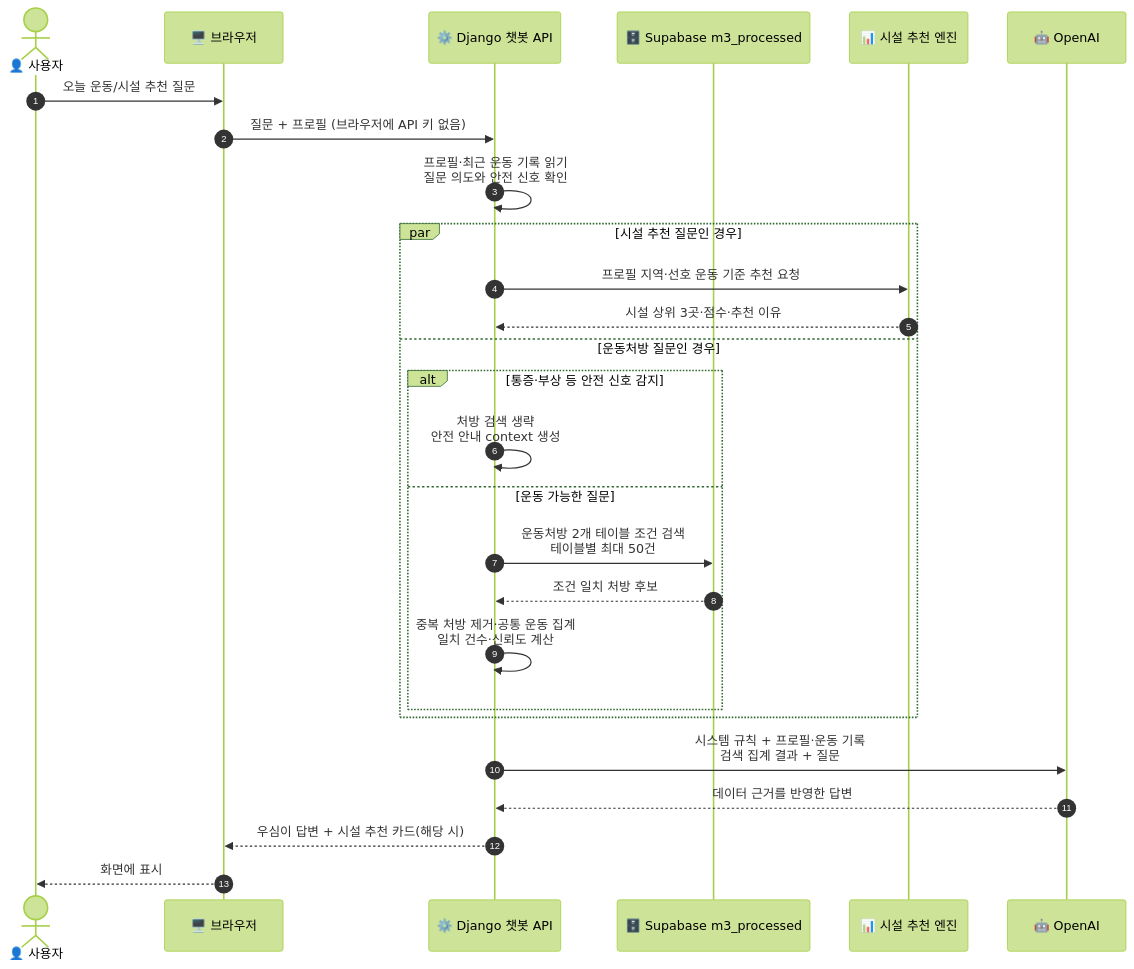
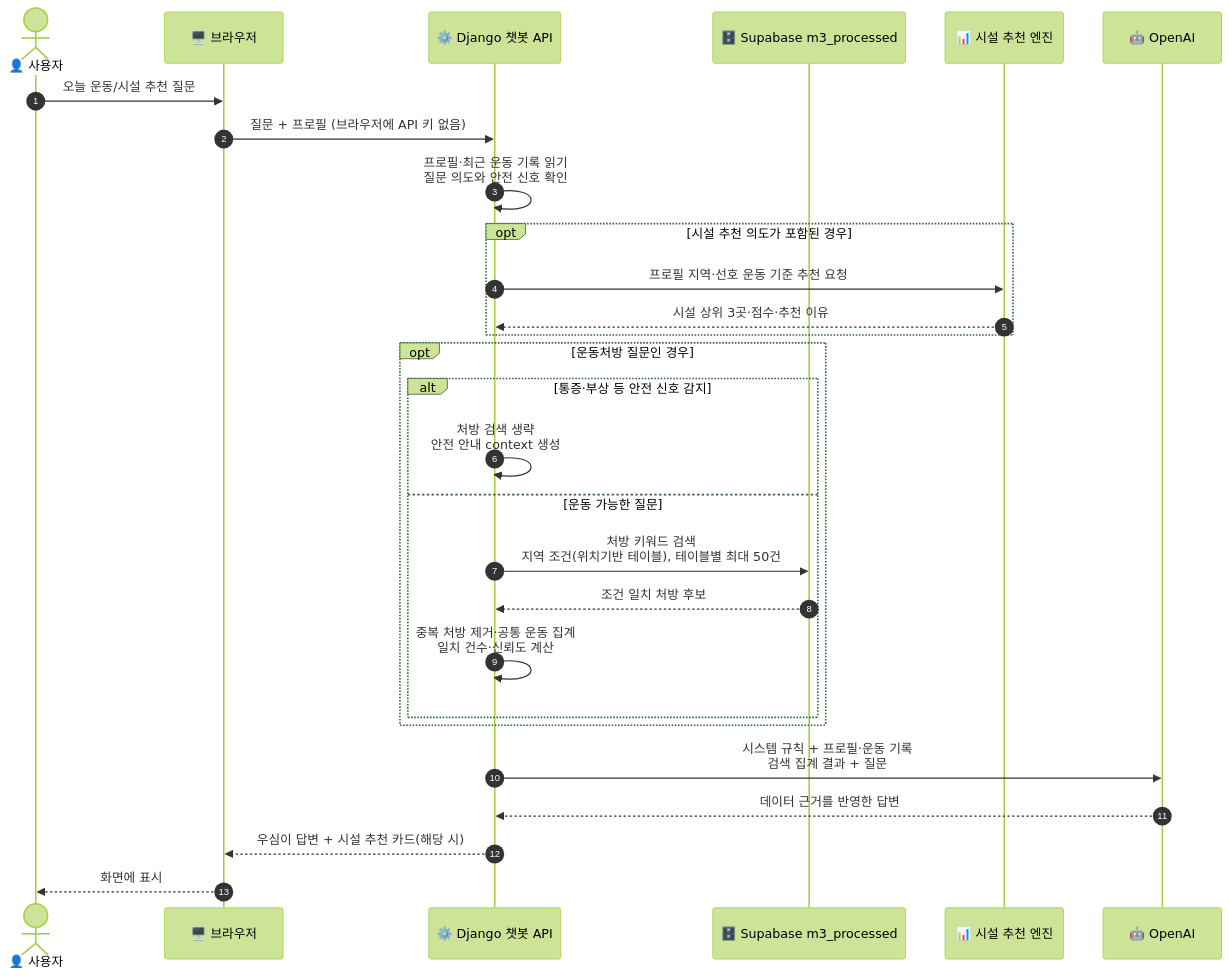
Before and after one commit to encore-ai-campus/mlo-02-p1-team3: the ninth of 16 diagrams in README.md, drawn with Mermaid (forest theme). The commit also changed other lines of this file and 42 other files, not shown here.

````diff
--- a/README.md
+++ b/README.md
@@ -658,30 +673,31 @@
 ```mermaid
 sequenceDiagram
     autonumber
     actor U as 👤 사용자
     participant B as 🖥️ 브라우저
     participant D as ⚙️ Django 챗봇 API
     participant M as 🗄️ Supabase m3_processed
     participant R as 📊 시설 추천 엔진
     participant O as 🤖 OpenAI
 
     U->>B: 오늘 운동/시설 추천 질문
     B->>D: 질문 + 프로필 (브라우저에 API 키 없음)
     D->>D: 프로필·최근 운동 기록 읽기<br/>질문 의도와 안전 신호 확인
-    par 시설 추천 질문인 경우
+    opt 시설 추천 의도가 포함된 경우
         D->>R: 프로필 지역·선호 운동 기준 추천 요청
         R-->>D: 시설 상위 3곳·점수·추천 이유
-    and 운동처방 질문인 경우
+    end
+    opt 운동처방 질문인 경우
         alt 통증·부상 등 안전 신호 감지
             D->>D: 처방 검색 생략<br/>안전 안내 context 생성
         else 운동 가능한 질문
-            D->>M: 운동처방 2개 테이블 조건 검색<br/>테이블별 최대 50건
+            D->>M: 처방 키워드 검색<br/>지역 조건(위치기반 테이블), 테이블별 최대 50건
             M-->>D: 조건 일치 처방 후보
             D->>D: 중복 처방 제거·공통 운동 집계<br/>일치 건수·신뢰도 계산
         end
     end
     D->>O: 시스템 규칙 + 프로필·운동 기록<br/>검색 집계 결과 + 질문
     O-->>D: 데이터 근거를 반영한 답변
     D-->>B: 우심이 답변 + 시설 추천 카드(해당 시)
     B-->>U: 화면에 표시
 ```
````
